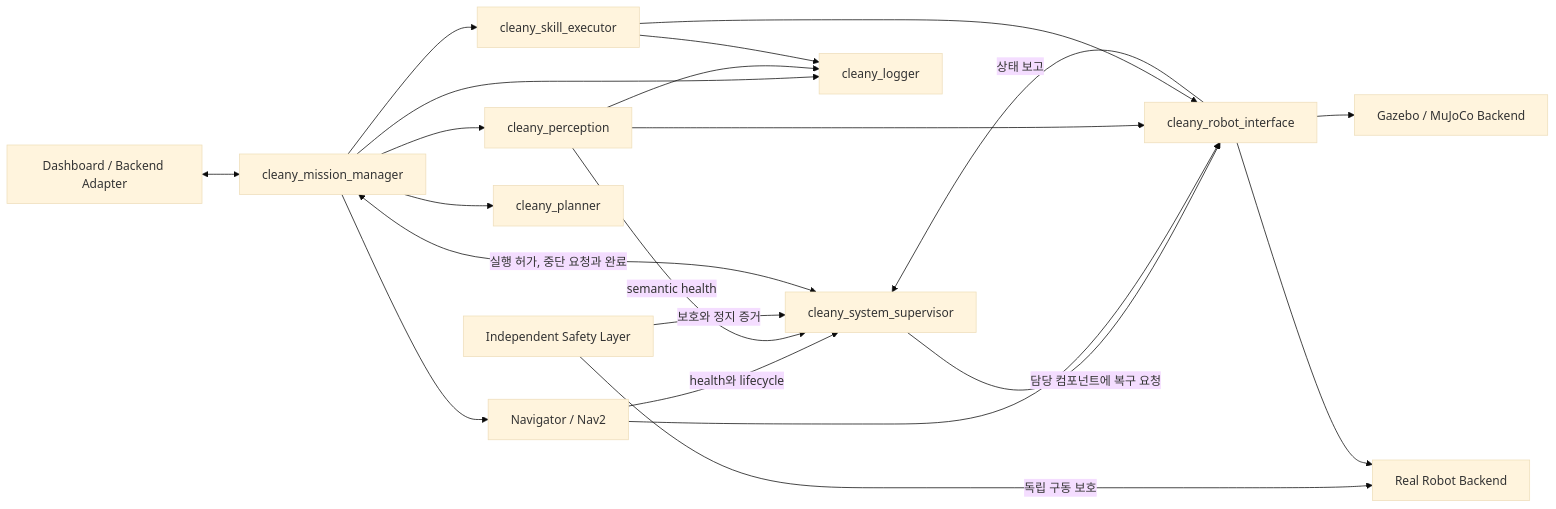
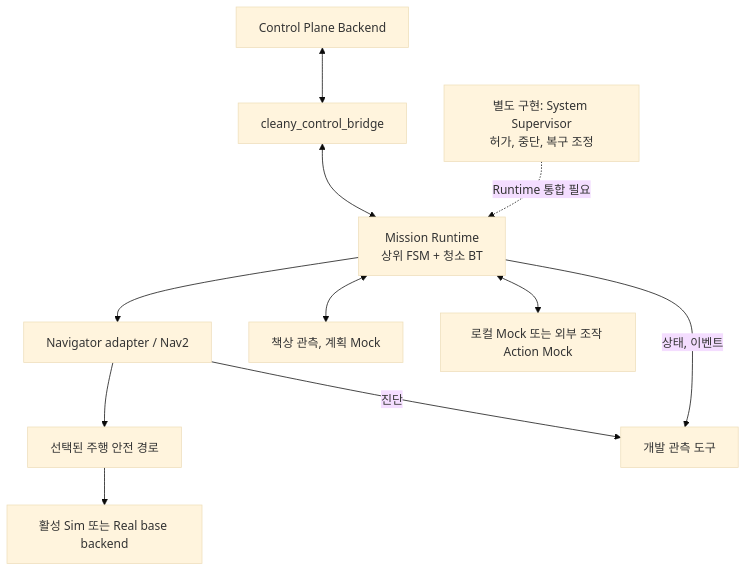
The diagram in 20_TECHNICAL/11 - ROS 2 Software Architecture.md (asm17-moving-agent/cleany-docs), drawn with Mermaid (base theme) before and after one commit. The commit also changed other lines of this file and 21 other files, not shown here.

````diff
--- a/20_TECHNICAL/11 - ROS 2 Software Architecture.md
+++ b/20_TECHNICAL/11 - ROS 2 Software Architecture.md
@@ -11,36 +14,21 @@
 ```mermaid
-flowchart LR
-    external["Dashboard / Backend Adapter"]
-    mission["cleany_mission_manager"]
-    supervisor["cleany_system_supervisor"]
-    safety["Independent Safety Layer"]
-    nav["Navigator / Nav2"]
-    perception["cleany_perception"]
-    planner["cleany_planner"]
-    skills["cleany_skill_executor"]
-    interface["cleany_robot_interface"]
-    sim["Gazebo / MuJoCo Backend"]
-    real["Real Robot Backend"]
-    logger["cleany_logger"]
+flowchart TB
+    backend["Control Plane Backend"]
+    bridge["cleany_control_bridge"]
+    mission["Mission Runtime<br/>상위 FSM + 청소 BT"]
+    nav["Navigator adapter / Nav2"]
+    guard["선택된 주행 안전 경로"]
+    base["활성 Sim 또는 Real base backend"]
+    desk["책상 관측, 계획 Mock"]
+    manip["로컬 Mock 또는 외부 조작 Action Mock"]
+    supervisor["별도 구현: System Supervisor<br/>허가, 중단, 복구 조정"]
+    monitor["개발 관측 도구"]
 
-    external <--> mission
-    supervisor <-->|실행 허가, 중단 요청과 완료| mission
-    nav -->|health와 lifecycle| supervisor
-    perception -->|semantic health| supervisor
-    interface -->|상태 보고| supervisor
-    supervisor -->|담당 컴포넌트에 복구 요청| interface
-    safety -->|보호와 정지 증거| supervisor
-    safety -->|독립 구동 보호| real
-    mission --> nav
-    mission --> perception
-    mission --> planner
-    mission --> skills
-    nav --> interface
-    perception --> interface
-    skills --> interface
-    interface --> sim
-    interface --> real
-    mission --> logger
-    perception --> logger
-    skills --> logger
+    backend <--> bridge <--> mission
+    mission --> nav --> guard --> base
+    mission <--> desk
+    mission <--> manip
+    supervisor -. "Runtime 통합 필요" .-> mission
+    mission -->|상태, 이벤트| monitor
+    nav -->|진단| monitor
 ```
````
